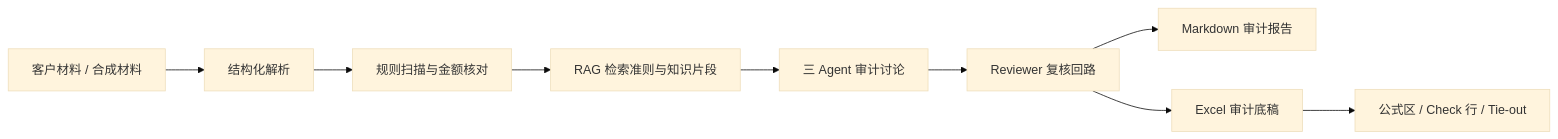
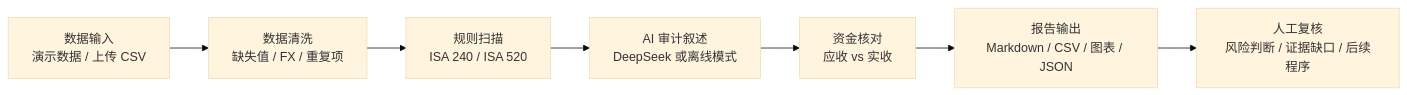
The diagram in docs/PROJECT_STRUCTURE.md (wangzichang224-design/cross_border_audit_agent), drawn with Mermaid (base theme) before and after one commit. The commit also changed other lines of this file and 13 other files, not shown here.

Commit message:
docs: restore fund-flow audit demo focus

````diff
--- a/docs/PROJECT_STRUCTURE.md
+++ b/docs/PROJECT_STRUCTURE.md
@@ -38,11 +30,9 @@
 ```mermaid
 flowchart LR
-    A["客户材料 / 合成材料"] --> B["结构化解析"]
-    B --> C["规则扫描与金额核对"]
-    C --> D["RAG 检索准则与知识片段"]
-    D --> E["三 Agent 审计讨论"]
-    E --> F["Reviewer 复核回路"]
-    F --> G["Markdown 审计报告"]
-    F --> H["Excel 审计底稿"]
-    H --> I["公式区 / Check 行 / Tie-out"]
+    A["数据输入<br/>演示数据 / 上传 CSV"] --> B["数据清洗<br/>缺失值 / FX / 重复项"]
+    B --> C["规则扫描<br/>ISA 240 / ISA 520"]
+    C --> D["AI 审计叙述<br/>DeepSeek 或离线模式"]
+    D --> E["资金核对<br/>应收 vs 实收"]
+    E --> F["报告输出<br/>Markdown / CSV / 图表 / JSON"]
+    F --> G["人工复核<br/>风险判断 / 证据缺口 / 后续程序"]
 ```
````
